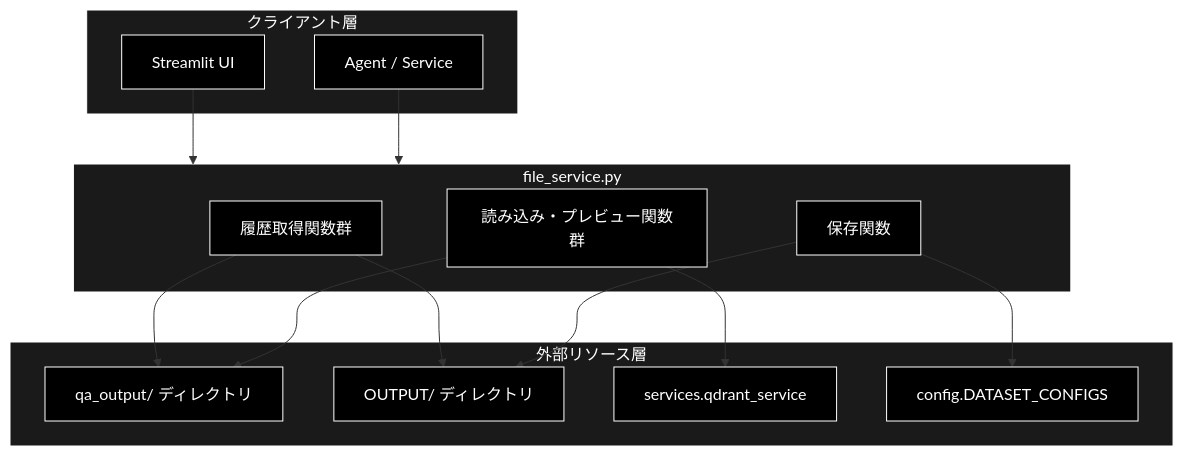
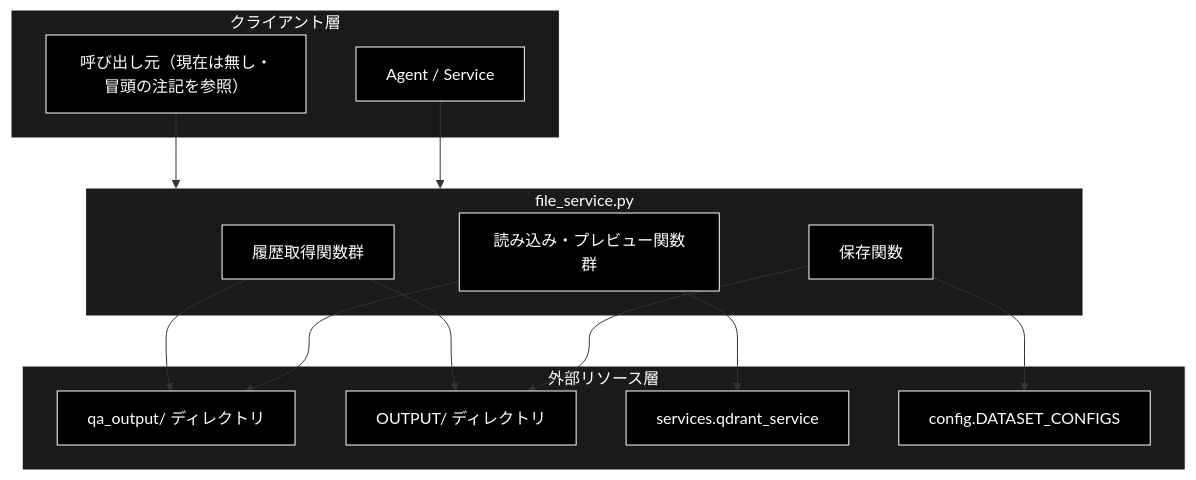
One commit to nakashima2toshio/grace_v2 changed the first of 3 diagrams in services/docs/file_service.md. Above: the diagram before and after it, drawn with Mermaid. The commit also changed other lines of this file and 12 other files, not shown here.

````diff
--- a/services/docs/file_service.md
+++ b/services/docs/file_service.md
@@ -63,35 +78,35 @@
 ```mermaid
 flowchart TB
     subgraph CLIENT["クライアント層"]
-        ST["Streamlit UI"]
+        ST["呼び出し元（現在は無し・冒頭の注記を参照）"]
         AGENT["Agent / Service"]
     end
 
     subgraph MODULE["file_service.py"]
         HISTORY["履歴取得関数群"]
         SAVE["保存関数"]
         PREVIEW["読み込み・プレビュー関数群"]
     end
 
     subgraph EXTERNAL["外部リソース層"]
         QAOUT["qa_output/ ディレクトリ"]
         OUTPUT["OUTPUT/ ディレクトリ"]
         QDRANT_SVC["services.qdrant_service"]
         CONFIG["config.DATASET_CONFIGS"]
     end
 
     ST --> MODULE
     AGENT --> MODULE
     HISTORY --> QAOUT
     HISTORY --> OUTPUT
     SAVE --> OUTPUT
     SAVE --> CONFIG
     PREVIEW --> QAOUT
     PREVIEW --> QDRANT_SVC
 classDef default fill:#000,stroke:#fff,color:#fff
 classDef subgraphStyle fill:#1a1a1a,stroke:#fff,color:#fff
 class ST,AGENT,HISTORY,SAVE,PREVIEW,QAOUT,OUTPUT,QDRANT_SVC,CONFIG default
 style CLIENT fill:#1a1a1a,stroke:#fff,color:#fff
 style MODULE fill:#1a1a1a,stroke:#fff,color:#fff
 style EXTERNAL fill:#1a1a1a,stroke:#fff,color:#fff
 ```
````
